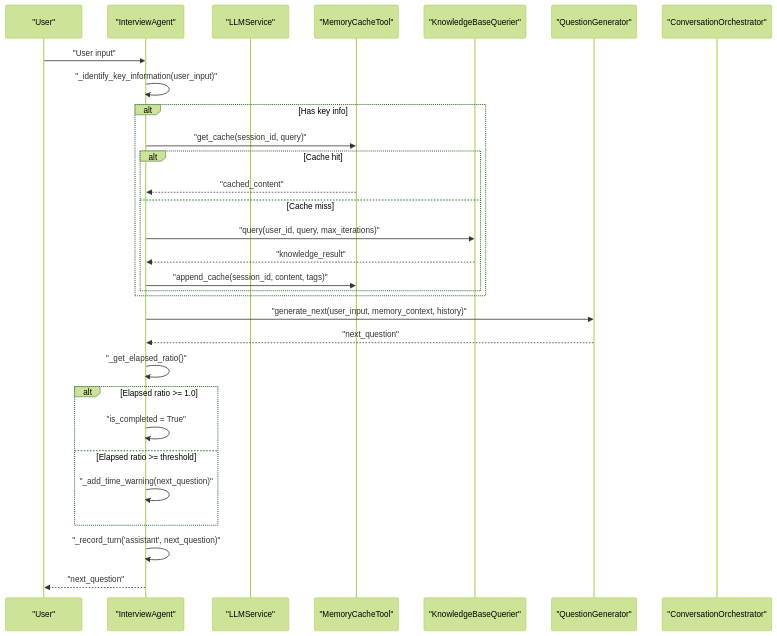
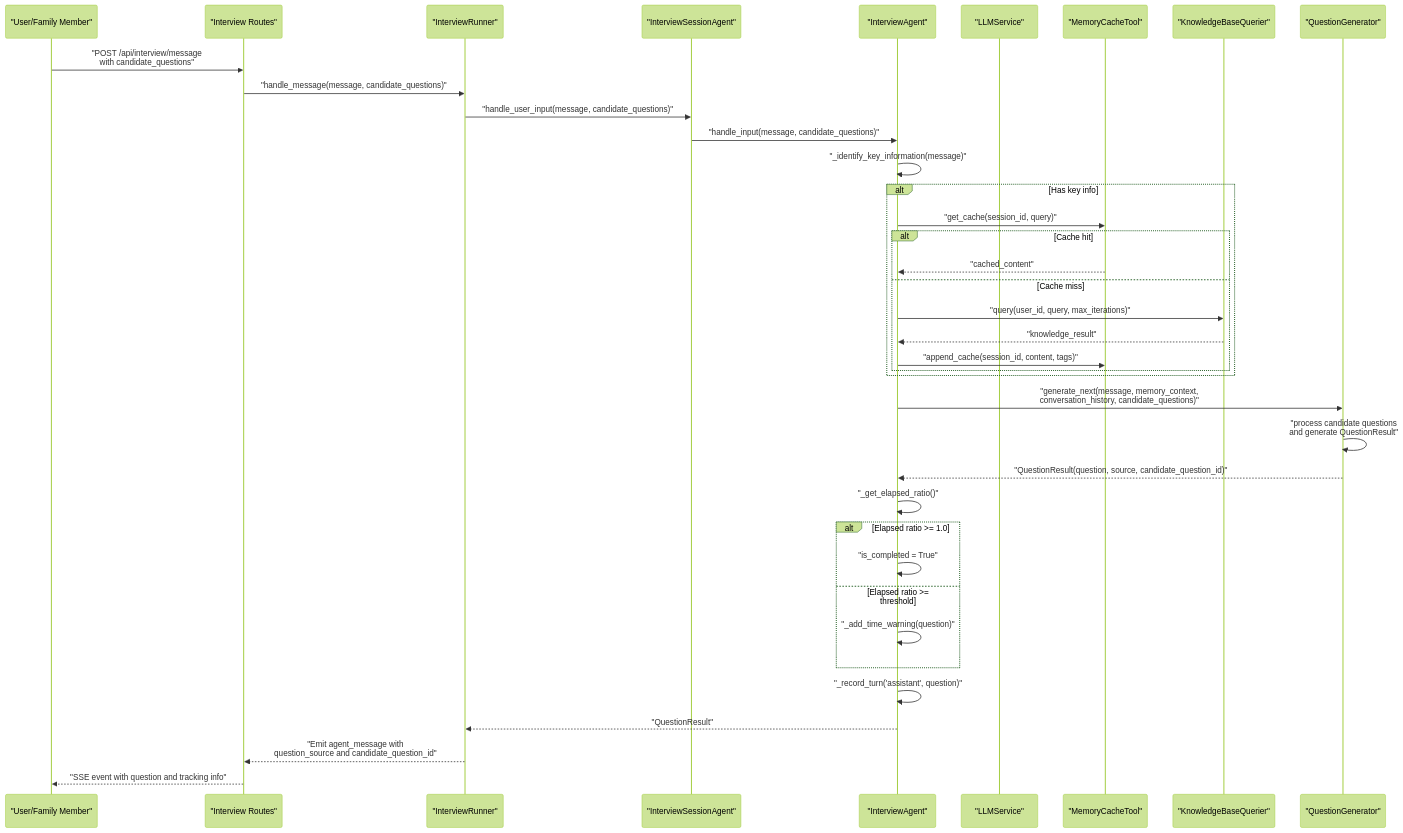
One commit to WangYiKai1017/zizuan changed the second of 8 diagrams in .qoder/repowiki/en/content/Core Components/Interview Agent.md. Above: the diagram before and after it, drawn with Mermaid (forest theme). The commit also changed other lines of this file and 31 other files, not shown here.

````diff
--- a/.qoder/repowiki/en/content/Core Components/Interview Agent.md
+++ b/.qoder/repowiki/en/content/Core Components/Interview Agent.md
@@ -116,32 +157,40 @@
 ```mermaid
 sequenceDiagram
-participant User as "User"
+participant User as "User/Family Member"
+participant API as "Interview Routes"
+participant Runner as "InterviewRunner"
+participant ISA as "InterviewSessionAgent"
 participant IA as "InterviewAgent"
 participant LLM as "LLMService"
 participant Cache as "MemoryCacheTool"
 participant KB as "KnowledgeBaseQuerier"
 participant QGen as "QuestionGenerator"
-participant CO as "ConversationOrchestrator"
-User->>IA : "User input"
-IA->>IA : "_identify_key_information(user_input)"
+User->>API : "POST /api/interview/message<br/>with candidate_questions"
+API->>Runner : "handle_message(message, candidate_questions)"
+Runner->>ISA : "handle_user_input(message, candidate_questions)"
+ISA->>IA : "handle_input(message, candidate_questions)"
+IA->>IA : "_identify_key_information(message)"
 alt Has key info
 IA->>Cache : "get_cache(session_id, query)"
 alt Cache hit
 Cache-->>IA : "cached_content"
 else Cache miss
 IA->>KB : "query(user_id, query, max_iterations)"
 KB-->>IA : "knowledge_result"
 IA->>Cache : "append_cache(session_id, content, tags)"
 end
 end
-IA->>QGen : "generate_next(user_input, memory_context, history)"
-QGen-->>IA : "next_question"
+IA->>QGen : "generate_next(message, memory_context,<br/>conversation_history, candidate_questions)"
+QGen->>QGen : "process candidate questions<br/>and generate QuestionResult"
+QGen-->>IA : "QuestionResult(question, source, candidate_question_id)"
 IA->>IA : "_get_elapsed_ratio()"
 alt Elapsed ratio >= 1.0
 IA->>IA : "is_completed = True"
 else Elapsed ratio >= threshold
-IA->>IA : "_add_time_warning(next_question)"
+IA->>IA : "_add_time_warning(question)"
 end
-IA->>IA : "_record_turn('assistant', next_question)"
-IA-->>User : "next_question"
+IA->>IA : "_record_turn('assistant', question)"
+IA-->>Runner : "QuestionResult"
+Runner-->>API : "Emit agent_message with<br/>question_source and candidate_question_id"
+API-->>User : "SSE event with question and tracking info"
 ```
````
